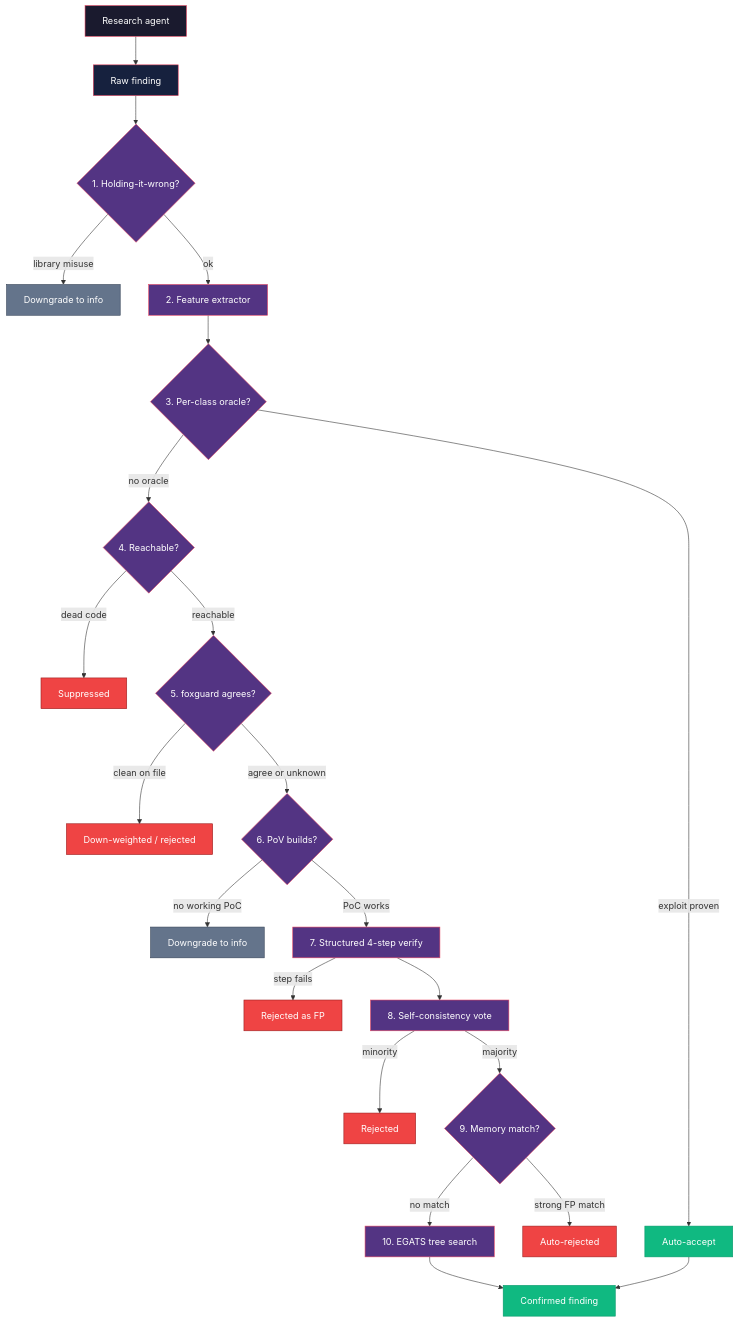
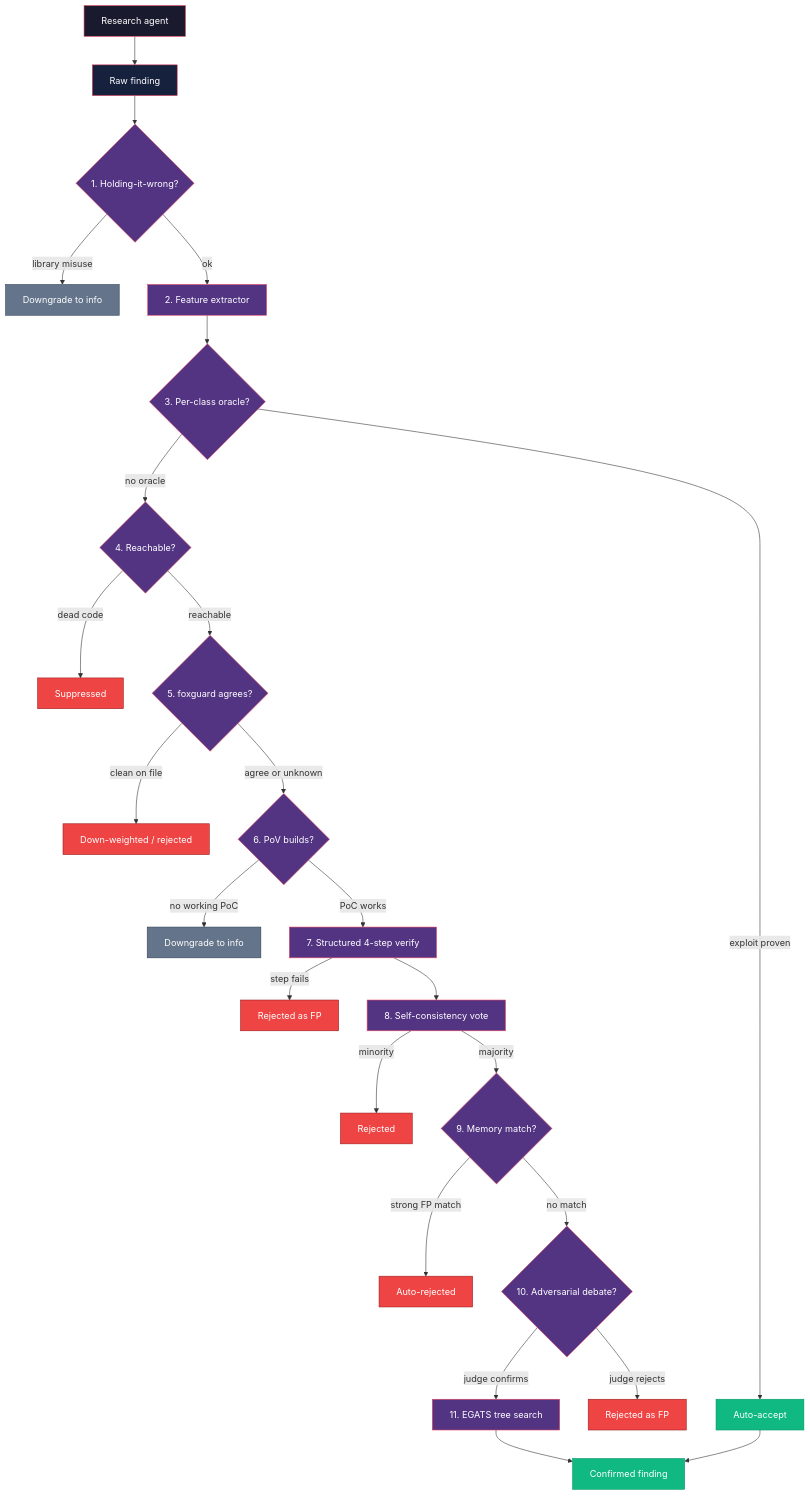
One commit to Darkroom4364/pwnkit changed the diagram in docs/src/content/docs/triage.md. Above: the diagram before and after it, drawn with Mermaid. The commit also changed other lines of this file and 10 other files, not shown here.

````diff
--- a/docs/src/content/docs/triage.md
+++ b/docs/src/content/docs/triage.md
@@ -19,46 +19,50 @@
 ```mermaid
 flowchart TD
     RA[Research agent] --> F[Raw finding]
     F --> S1{1. Holding-it-wrong?}
     S1 -->|library misuse| D1[Downgrade to info]
     S1 -->|ok| S2[2. Feature extractor]
     S2 --> S3{3. Per-class oracle?}
     S3 -->|exploit proven| ACC[Auto-accept]
     S3 -->|no oracle| S4{4. Reachable?}
     S4 -->|dead code| R1[Suppressed]
     S4 -->|reachable| S5{5. foxguard agrees?}
     S5 -->|clean on file| R2[Down-weighted / rejected]
     S5 -->|agree or unknown| S6{6. PoV builds?}
     S6 -->|no working PoC| D2[Downgrade to info]
     S6 -->|PoC works| S7[7. Structured 4-step verify]
     S7 -->|step fails| R3[Rejected as FP]
     S7 --> S8[8. Self-consistency vote]
     S8 -->|minority| R4[Rejected]
     S8 -->|majority| S9{9. Memory match?}
     S9 -->|strong FP match| R5[Auto-rejected]
-    S9 -->|no match| S10[10. EGATS tree search]
-    S10 --> CF[Confirmed finding]
+    S9 -->|no match| S10{10. Adversarial debate?}
+    S10 -->|judge rejects| R6[Rejected as FP]
+    S10 -->|judge confirms| S11[11. EGATS tree search]
+    S11 --> CF[Confirmed finding]
     ACC --> CF
 
     style RA fill:#1a1a2e,stroke:#e94560,color:#fff
     style F fill:#16213e,stroke:#e94560,color:#fff
     style CF fill:#10b981,stroke:#059669,color:#fff
     style ACC fill:#10b981,stroke:#059669,color:#fff
     style D1 fill:#64748b,stroke:#334155,color:#fff
     style D2 fill:#64748b,stroke:#334155,color:#fff
     style R1 fill:#ef4444,stroke:#991b1b,color:#fff
     style R2 fill:#ef4444,stroke:#991b1b,color:#fff
     style R3 fill:#ef4444,stroke:#991b1b,color:#fff
     style R4 fill:#ef4444,stroke:#991b1b,color:#fff
     style R5 fill:#ef4444,stroke:#991b1b,color:#fff
+    style R6 fill:#ef4444,stroke:#991b1b,color:#fff
     style S1 fill:#533483,stroke:#e94560,color:#fff
     style S2 fill:#533483,stroke:#e94560,color:#fff
     style S3 fill:#533483,stroke:#e94560,color:#fff
     style S4 fill:#533483,stroke:#e94560,color:#fff
     style S5 fill:#533483,stroke:#e94560,color:#fff
     style S6 fill:#533483,stroke:#e94560,color:#fff
     style S7 fill:#533483,stroke:#e94560,color:#fff
     style S8 fill:#533483,stroke:#e94560,color:#fff
     style S9 fill:#533483,stroke:#e94560,color:#fff
     style S10 fill:#533483,stroke:#e94560,color:#fff
+    style S11 fill:#533483,stroke:#e94560,color:#fff
 ```
````
